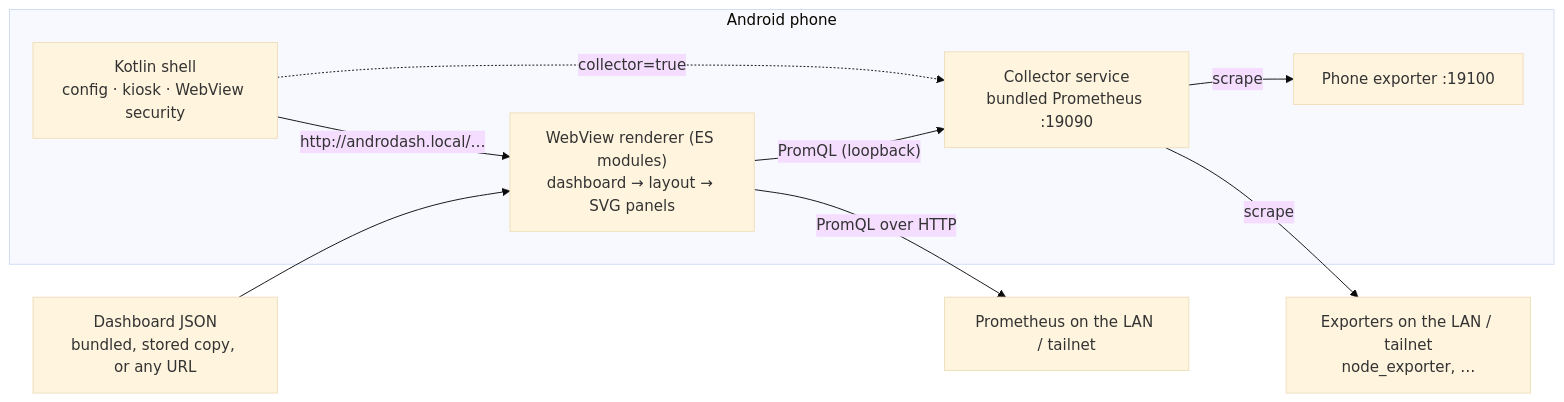
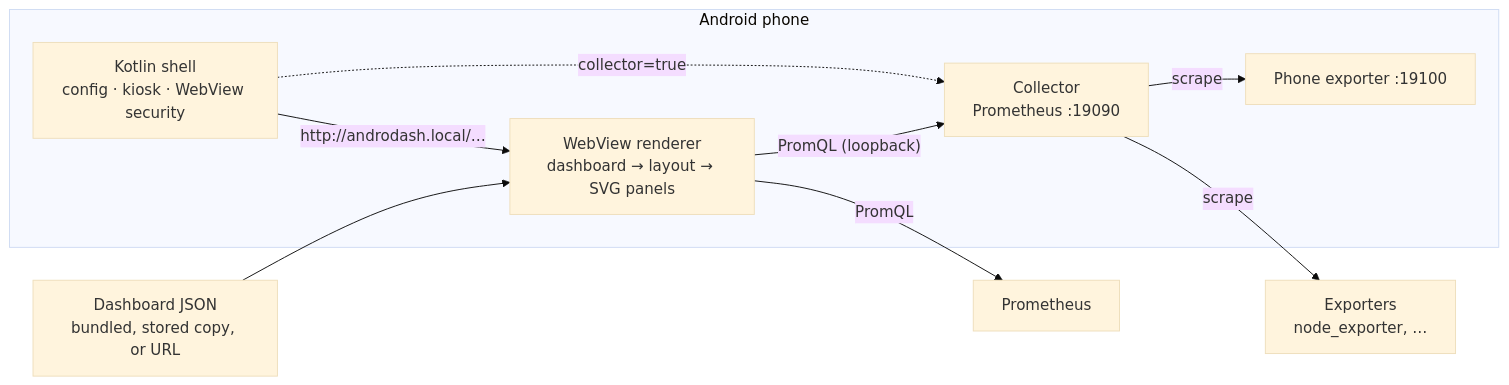
One commit to mbicz/androdash changed the diagram in README.md. Above: the diagram before and after it, drawn with Mermaid (base theme). The commit also changed other lines of this file and 11 other files, not shown here.

````diff
--- a/README.md
+++ b/README.md
@@ -83,16 +69,16 @@
 ```mermaid
 flowchart LR
   subgraph Phone["Android phone"]
     Shell["Kotlin shell<br/>config · kiosk · WebView security"]
-    Renderer["WebView renderer (ES modules)<br/>dashboard → layout → SVG panels"]
-    Collector["Collector service<br/>bundled Prometheus :19090"]
+    Renderer["WebView renderer<br/>dashboard → layout → SVG panels"]
+    Collector["Collector<br/>Prometheus :19090"]
     Exporter["Phone exporter :19100"]
     Shell -- "http://androdash.local/…" --> Renderer
     Shell -. "collector=true" .-> Collector
     Collector -- scrape --> Exporter
   end
-  Dash["Dashboard JSON<br/>bundled, stored copy, or any URL"] --> Renderer
-  Renderer -- "PromQL over HTTP" --> Prom["Prometheus on the LAN / tailnet"]
+  Dash["Dashboard JSON<br/>bundled, stored copy, or URL"] --> Renderer
+  Renderer -- PromQL --> Prom["Prometheus"]
   Renderer -- "PromQL (loopback)" --> Collector
-  Collector -- scrape --> Exp["Exporters on the LAN / tailnet<br/>node_exporter, …"]
+  Collector -- scrape --> Exp["Exporters<br/>node_exporter, …"]
 ```
````
